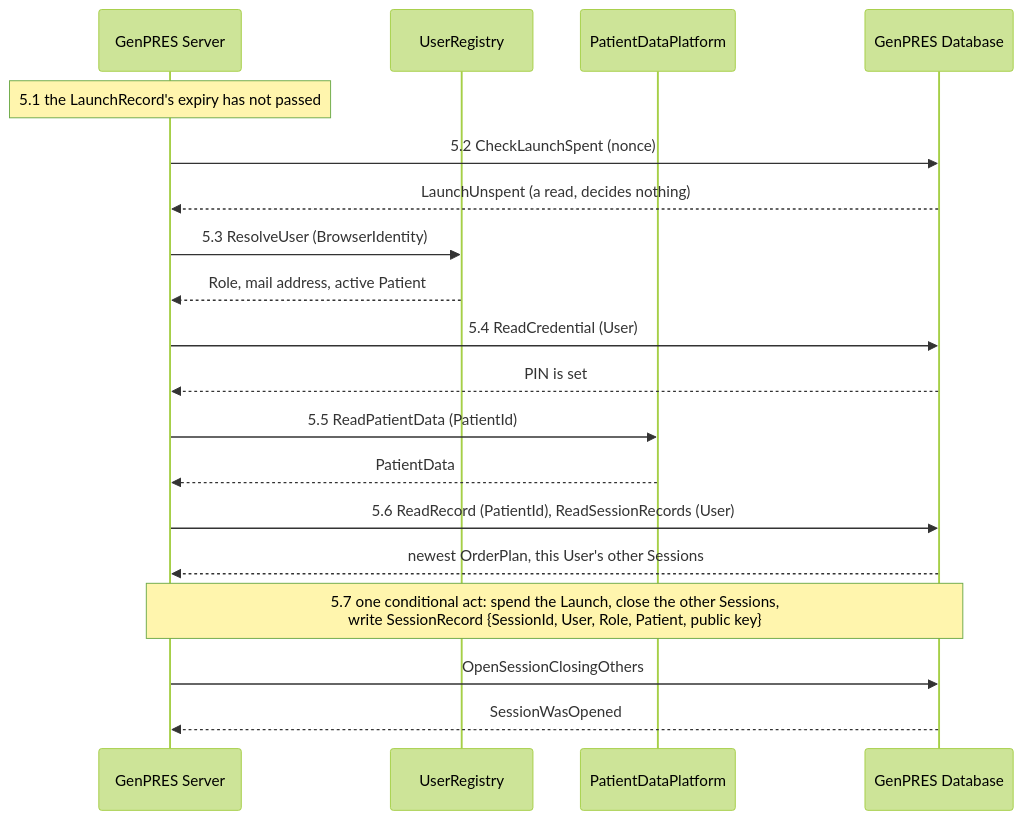
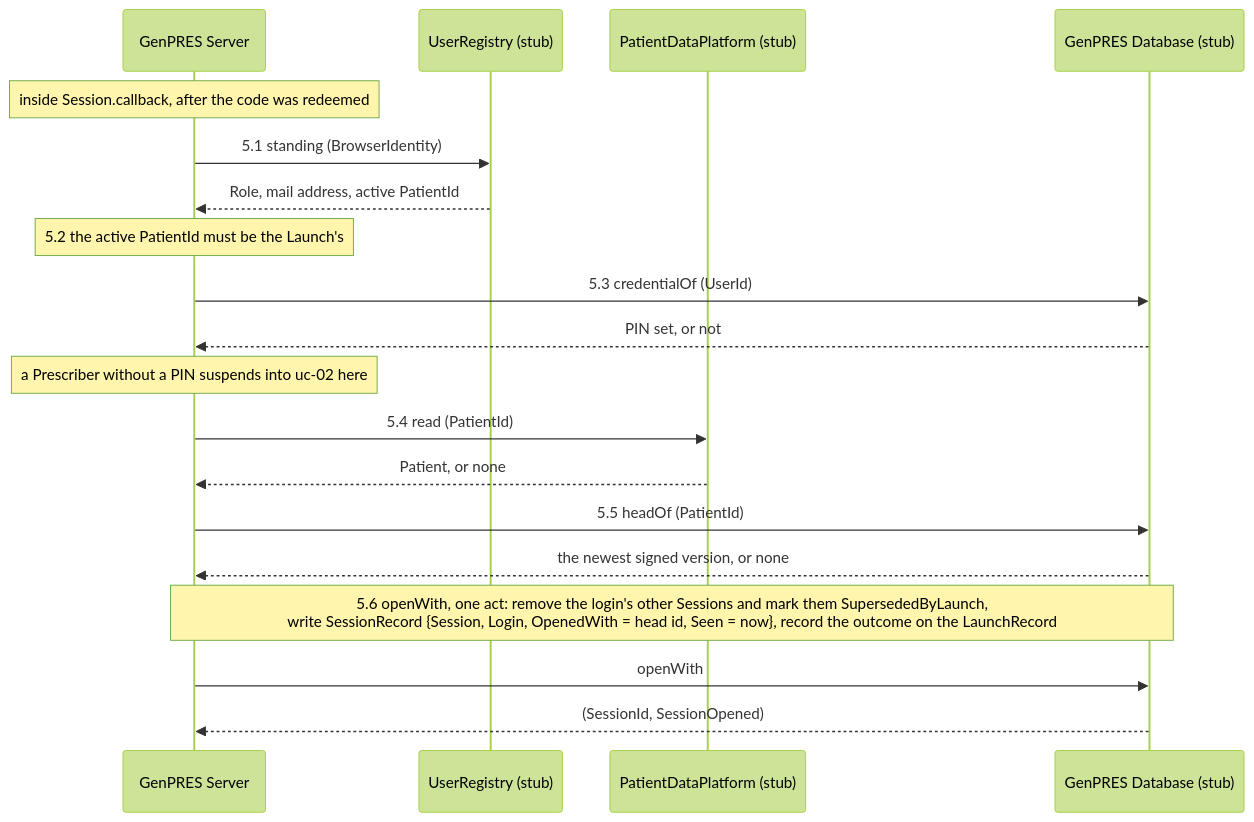
One commit to informedica/GenPRES changed the third of 4 diagrams in docs/scenarios/integration/uc-01-launch.md. Above: the diagram before and after it, drawn with Mermaid (forest theme). The commit also changed other lines of this file and 13 other files, not shown here.

````diff
--- a/docs/scenarios/integration/uc-01-launch.md
+++ b/docs/scenarios/integration/uc-01-launch.md
@@ -127,22 +115,22 @@
 ```mermaid
 sequenceDiagram
     participant S as GenPRES Server
-    participant R as UserRegistry
-    participant P as PatientDataPlatform
-    participant D as GenPRES Database
+    participant R as UserRegistry (stub)
+    participant P as PatientDataPlatform (stub)
+    participant D as GenPRES Database (stub)
 
-    Note over S: 5.1 the LaunchRecord's expiry has not passed
-    S->>D: 5.2 CheckLaunchSpent (nonce)
-    D-->>S: LaunchUnspent (a read, decides nothing)
-    S->>R: 5.3 ResolveUser (BrowserIdentity)
-    R-->>S: Role, mail address, active Patient
-    S->>D: 5.4 ReadCredential (User)
-    D-->>S: PIN is set
-    S->>P: 5.5 ReadPatientData (PatientId)
-    P-->>S: PatientData
-    S->>D: 5.6 ReadRecord (PatientId), ReadSessionRecords (User)
-    D-->>S: newest OrderPlan, this User's other Sessions
-    Note over S,D: 5.7 one conditional act: spend the Launch, close the other Sessions,<br/>write SessionRecord {SessionId, User, Role, Patient, public key}
-    S->>D: OpenSessionClosingOthers
-    D-->>S: SessionWasOpened
+    Note over S: inside Session.callback, after the code was redeemed
+    S->>R: 5.1 standing (BrowserIdentity)
+    R-->>S: Role, mail address, active PatientId
+    Note over S: 5.2 the active PatientId must be the Launch's
+    S->>D: 5.3 credentialOf (UserId)
+    D-->>S: PIN set, or not
+    Note over S: a Prescriber without a PIN suspends into uc-02 here
+    S->>P: 5.4 read (PatientId)
+    P-->>S: Patient, or none
+    S->>D: 5.5 headOf (PatientId)
+    D-->>S: the newest signed version, or none
+    Note over S,D: 5.6 openWith, one act: remove the login's other Sessions and mark them SupersededByLaunch,<br/>write SessionRecord {Session, Login, OpenedWith = head id, Seen = now}, record the outcome on the LaunchRecord
+    S->>D: openWith
+    D-->>S: (SessionId, SessionOpened)
 ```
````
